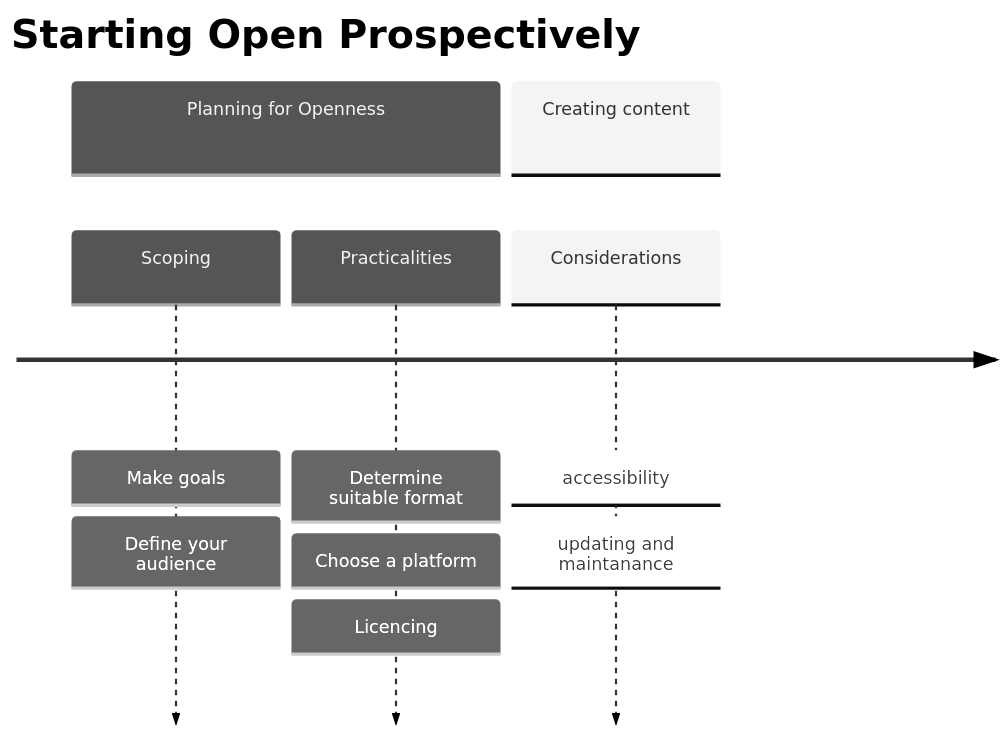
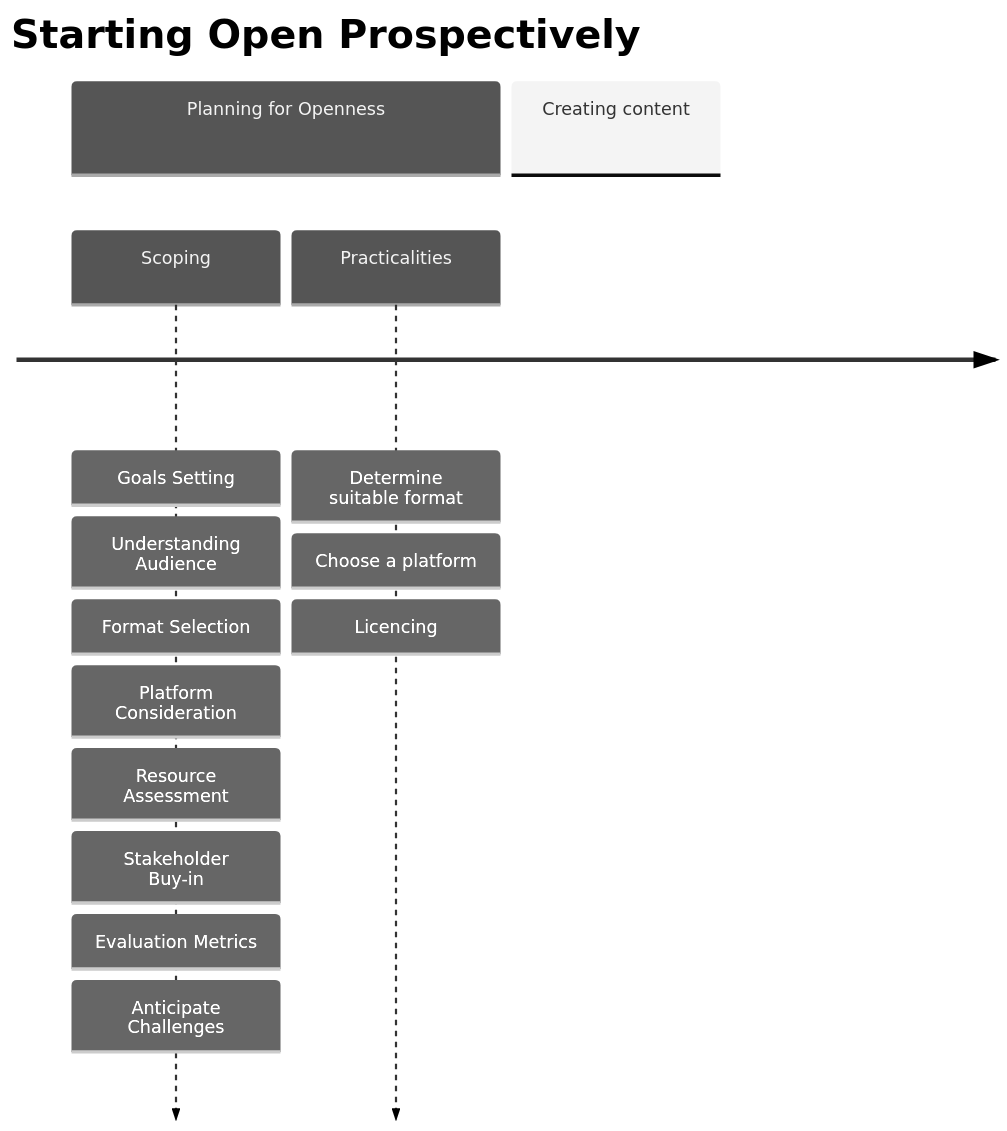
Before and after one commit to gerkovink/openeducationbook: the first of 2 diagrams in where_to_start.qmd, drawn with Mermaid (neutral theme). The commit also changed other lines of this file and 17 other files, not shown here.

````diff
--- a/where_to_start.qmd
+++ b/where_to_start.qmd
@@ -79,16 +109,20 @@
 ```{mermaid}
 %%| fig-cap: Note this figure is not yet ready and just here as an idea to put a sequence of actions as an overview.
 %%| label: fig-planning_for_openness
 timeline
   title Starting Open Prospectively
   section Planning for Openness
-    Scoping : Make goals
-           : Define your audience
+    Scoping : Goals Setting
+           : Understanding Audience
+           : Format Selection
+           : Platform Consideration
+           : Resource Assessment
+           : Stakeholder Buy-in
+           : Evaluation Metrics
+           : Anticipate Challenges
     Practicalities : Determine suitable format
                    : Choose a platform
                    : Licencing
   section Creating content
-    Considerations : accessibility
-                   : updating and maintanance
     
 ```
````
